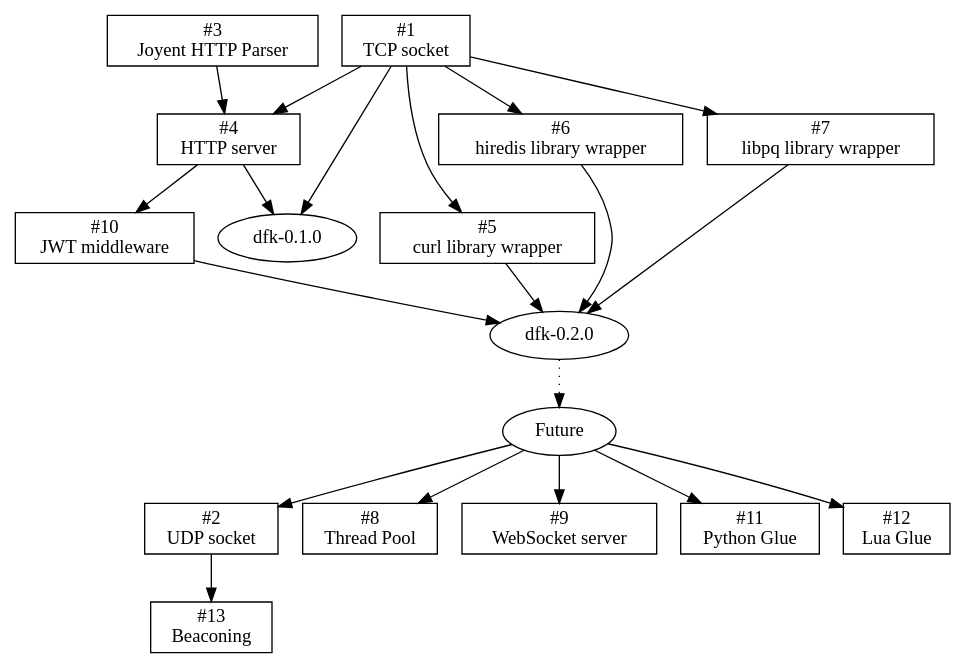
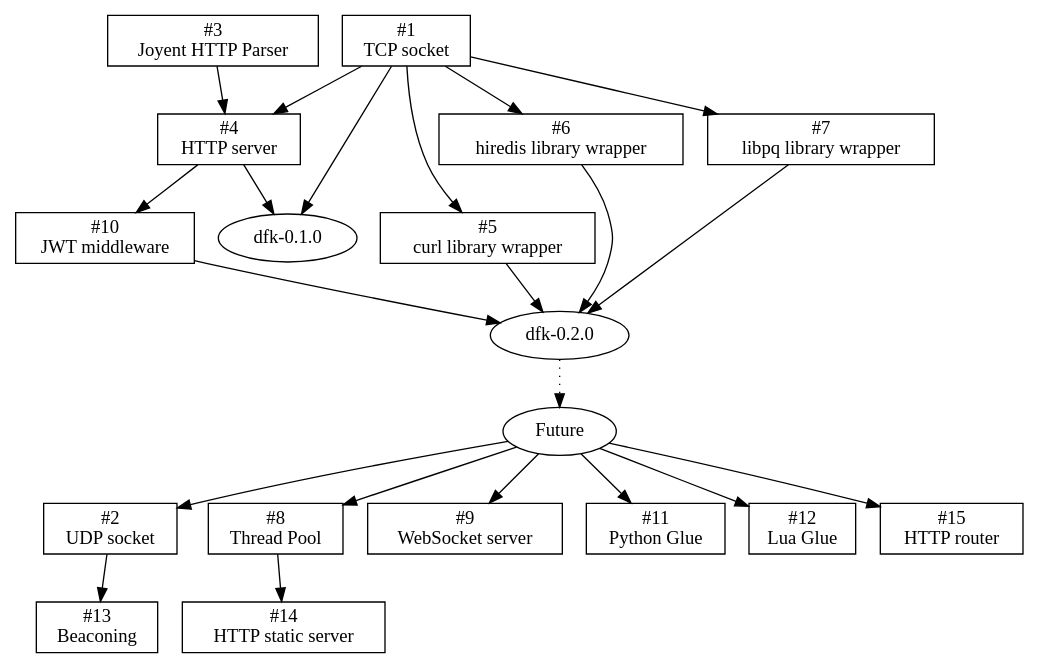
The diagram in doc/roadmap.dot (isn-/dfk), drawn with Graphviz before and after one commit.

Commit message:
devenv: Update roadmap

```diff
--- a/doc/roadmap.dot
+++ b/doc/roadmap.dot
@@ -1,53 +1,59 @@
 digraph "DFK Library Roadmap" {
   node [shape=box];
 
   tcp_socket [label="#1\nTCP socket"];
   udp_socket [label="#2\nUDP socket"];
 
   http_parser [label="#3\nJoyent HTTP Parser"];
 
   http_server [label="#4\nHTTP server"];
     tcp_socket -> http_server
     http_parser -> http_server
 
   curl [label="#5\ncurl library wrapper"];
     tcp_socket -> curl;
 
   redis [label="#6\nhiredis library wrapper"];
     tcp_socket -> redis;
 
   libpq [label="#7\nlibpq library wrapper"];
     tcp_socket -> libpq;
 
   threadpool [label="#8\nThread Pool"];
 
   ws [label="#9\nWebSocket server"];
 
   jwt [label="#10\nJWT middleware"];
     http_server -> jwt;
 
   python [label="#11\nPython Glue"];
   lua [label="#12\nLua Glue"];
 
   beacon [label="#13\nBeaconing"];
     udp_socket -> beacon;
 
+  static [label="#14\nHTTP static server"];
+    threadpool -> static;
+
+  router [label="#15\nHTTP router"];
+
   dfk010 [label="dfk-0.1.0" shape=oval];
     tcp_socket -> dfk010
     http_server -> dfk010
 
   dfk020 [label="dfk-0.2.0" shape=oval];
     jwt -> dfk020;
     redis -> dfk020;
     curl -> dfk020;
     libpq -> dfk020;
 
   future [label="Future" shape=oval];
     dfk020 -> future [style=dotted];
 
   future -> udp_socket;
   future -> ws;
   future -> threadpool;
   future -> python;
   future -> lua;
+  future -> router;
 }
```
